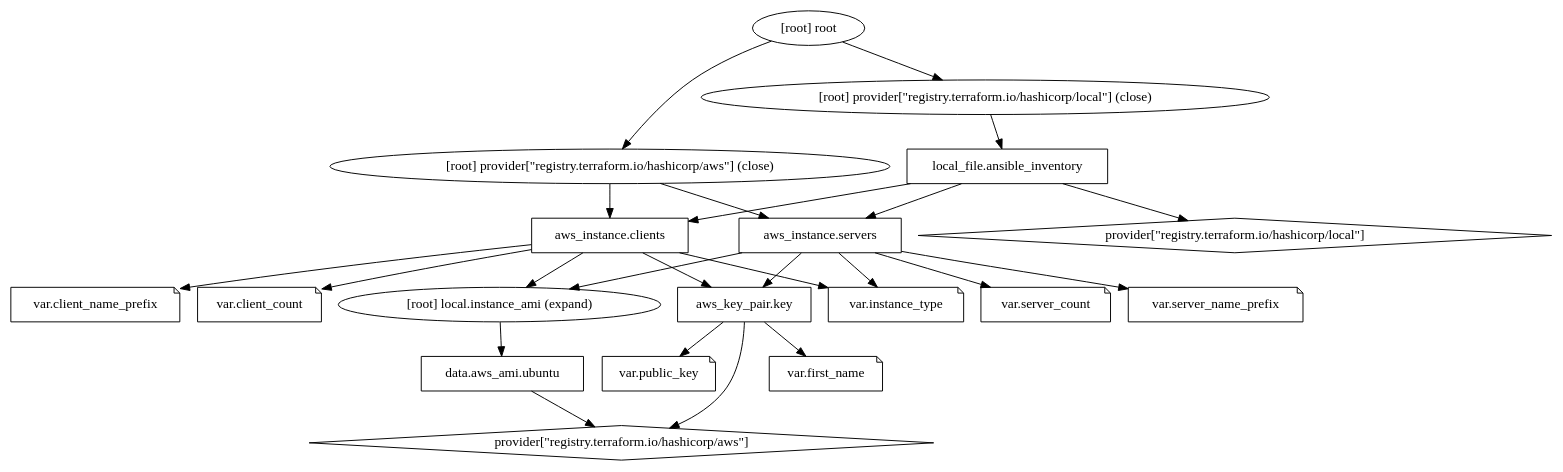
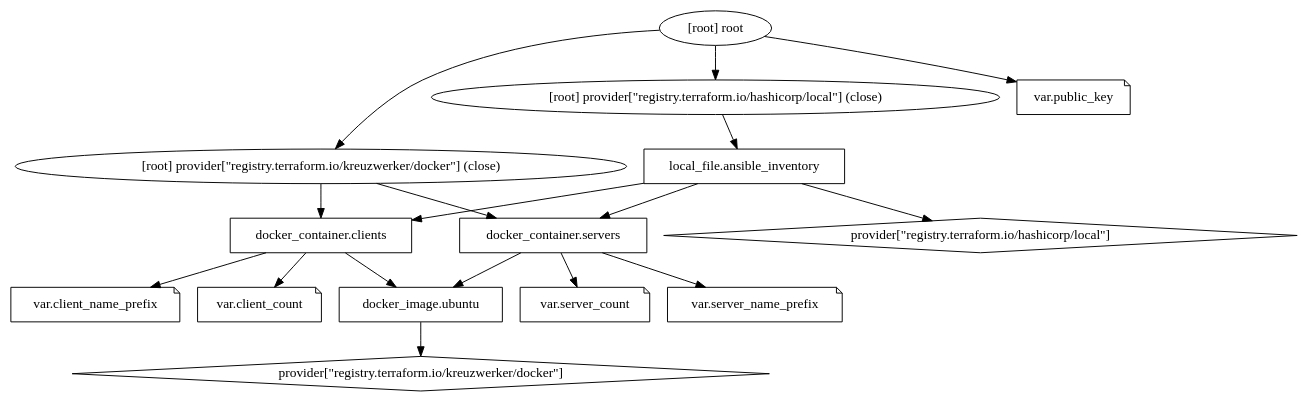
Before and after one commit to chrisvanmeer/at-hashi-demo: the diagram in terraform/graph.dot, drawn with Graphviz. The commit also changed 8 other files, not shown here.

```diff
--- a/terraform/graph.dot
+++ b/terraform/graph.dot
@@ -1,43 +1,33 @@
 digraph {
 	compound = "true"
 	newrank = "true"
 	subgraph "root" {
-		"[root] aws_instance.clients (expand)" [label = "aws_instance.clients", shape = "box"]
-		"[root] aws_instance.servers (expand)" [label = "aws_instance.servers", shape = "box"]
-		"[root] aws_key_pair.key (expand)" [label = "aws_key_pair.key", shape = "box"]
-		"[root] data.aws_ami.ubuntu (expand)" [label = "data.aws_ami.ubuntu", shape = "box"]
+		"[root] docker_container.clients (expand)" [label = "docker_container.clients", shape = "box"]
+		"[root] docker_container.servers (expand)" [label = "docker_container.servers", shape = "box"]
+		"[root] docker_image.ubuntu (expand)" [label = "docker_image.ubuntu", shape = "box"]
 		"[root] local_file.ansible_inventory (expand)" [label = "local_file.ansible_inventory", shape = "box"]
-		"[root] provider[\"registry.terraform.io/hashicorp/aws\"]" [label = "provider[\"registry.terraform.io/hashicorp/aws\"]", shape = "diamond"]
 		"[root] provider[\"registry.terraform.io/hashicorp/local\"]" [label = "provider[\"registry.terraform.io/hashicorp/local\"]", shape = "diamond"]
+		"[root] provider[\"registry.terraform.io/kreuzwerker/docker\"]" [label = "provider[\"registry.terraform.io/kreuzwerker/docker\"]", shape = "diamond"]
 		"[root] var.client_count" [label = "var.client_count", shape = "note"]
 		"[root] var.client_name_prefix" [label = "var.client_name_prefix", shape = "note"]
-		"[root] var.first_name" [label = "var.first_name", shape = "note"]
-		"[root] var.instance_type" [label = "var.instance_type", shape = "note"]
 		"[root] var.public_key" [label = "var.public_key", shape = "note"]
 		"[root] var.server_count" [label = "var.server_count", shape = "note"]
 		"[root] var.server_name_prefix" [label = "var.server_name_prefix", shape = "note"]
-		"[root] aws_instance.clients (expand)" -> "[root] aws_key_pair.key (expand)"
-		"[root] aws_instance.clients (expand)" -> "[root] local.instance_ami (expand)"
-		"[root] aws_instance.clients (expand)" -> "[root] var.client_count"
-		"[root] aws_instance.clients (expand)" -> "[root] var.client_name_prefix"
-		"[root] aws_instance.clients (expand)" -> "[root] var.instance_type"
-		"[root] aws_instance.servers (expand)" -> "[root] aws_key_pair.key (expand)"
-		"[root] aws_instance.servers (expand)" -> "[root] local.instance_ami (expand)"
-		"[root] aws_instance.servers (expand)" -> "[root] var.instance_type"
-		"[root] aws_instance.servers (expand)" -> "[root] var.server_count"
-		"[root] aws_instance.servers (expand)" -> "[root] var.server_name_prefix"
-		"[root] aws_key_pair.key (expand)" -> "[root] provider[\"registry.terraform.io/hashicorp/aws\"]"
-		"[root] aws_key_pair.key (expand)" -> "[root] var.first_name"
-		"[root] aws_key_pair.key (expand)" -> "[root] var.public_key"
-		"[root] data.aws_ami.ubuntu (expand)" -> "[root] provider[\"registry.terraform.io/hashicorp/aws\"]"
-		"[root] local.instance_ami (expand)" -> "[root] data.aws_ami.ubuntu (expand)"
-		"[root] local_file.ansible_inventory (expand)" -> "[root] aws_instance.clients (expand)"
-		"[root] local_file.ansible_inventory (expand)" -> "[root] aws_instance.servers (expand)"
+		"[root] docker_container.clients (expand)" -> "[root] docker_image.ubuntu (expand)"
+		"[root] docker_container.clients (expand)" -> "[root] var.client_count"
+		"[root] docker_container.clients (expand)" -> "[root] var.client_name_prefix"
+		"[root] docker_container.servers (expand)" -> "[root] docker_image.ubuntu (expand)"
+		"[root] docker_container.servers (expand)" -> "[root] var.server_count"
+		"[root] docker_container.servers (expand)" -> "[root] var.server_name_prefix"
+		"[root] docker_image.ubuntu (expand)" -> "[root] provider[\"registry.terraform.io/kreuzwerker/docker\"]"
+		"[root] local_file.ansible_inventory (expand)" -> "[root] docker_container.clients (expand)"
+		"[root] local_file.ansible_inventory (expand)" -> "[root] docker_container.servers (expand)"
 		"[root] local_file.ansible_inventory (expand)" -> "[root] provider[\"registry.terraform.io/hashicorp/local\"]"
-		"[root] provider[\"registry.terraform.io/hashicorp/aws\"] (close)" -> "[root] aws_instance.clients (expand)"
-		"[root] provider[\"registry.terraform.io/hashicorp/aws\"] (close)" -> "[root] aws_instance.servers (expand)"
 		"[root] provider[\"registry.terraform.io/hashicorp/local\"] (close)" -> "[root] local_file.ansible_inventory (expand)"
-		"[root] root" -> "[root] provider[\"registry.terraform.io/hashicorp/aws\"] (close)"
+		"[root] provider[\"registry.terraform.io/kreuzwerker/docker\"] (close)" -> "[root] docker_container.clients (expand)"
+		"[root] provider[\"registry.terraform.io/kreuzwerker/docker\"] (close)" -> "[root] docker_container.servers (expand)"
 		"[root] root" -> "[root] provider[\"registry.terraform.io/hashicorp/local\"] (close)"
+		"[root] root" -> "[root] provider[\"registry.terraform.io/kreuzwerker/docker\"] (close)"
+		"[root] root" -> "[root] var.public_key"
 	}
 }
```
